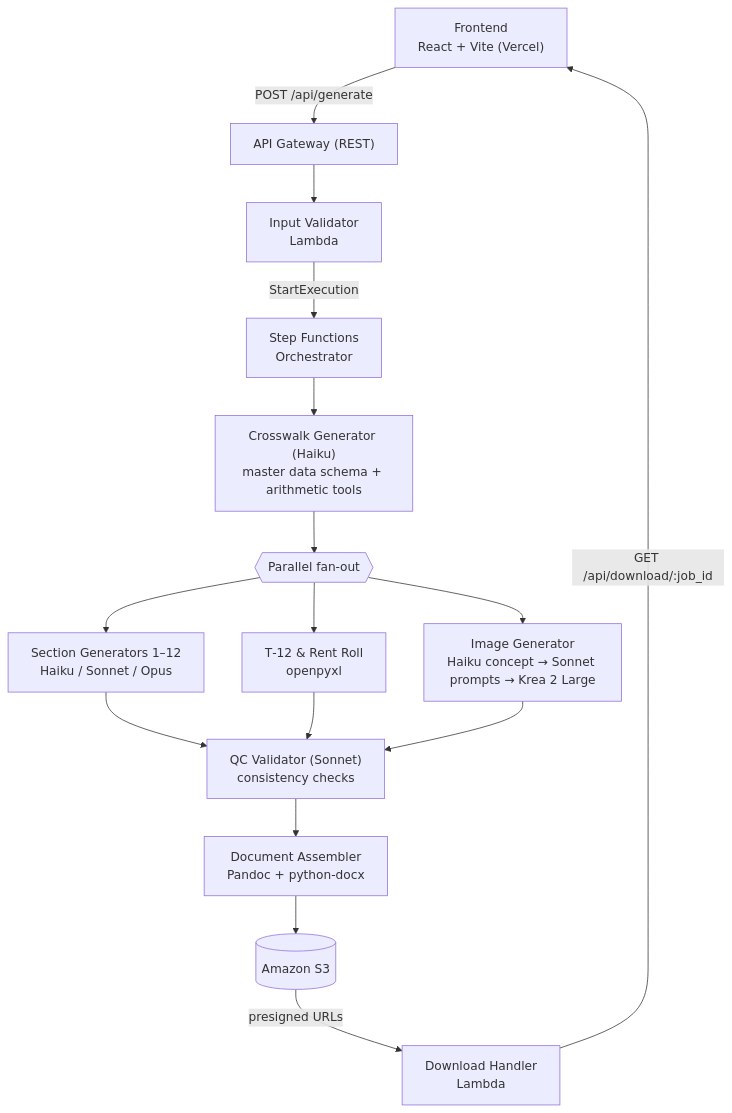
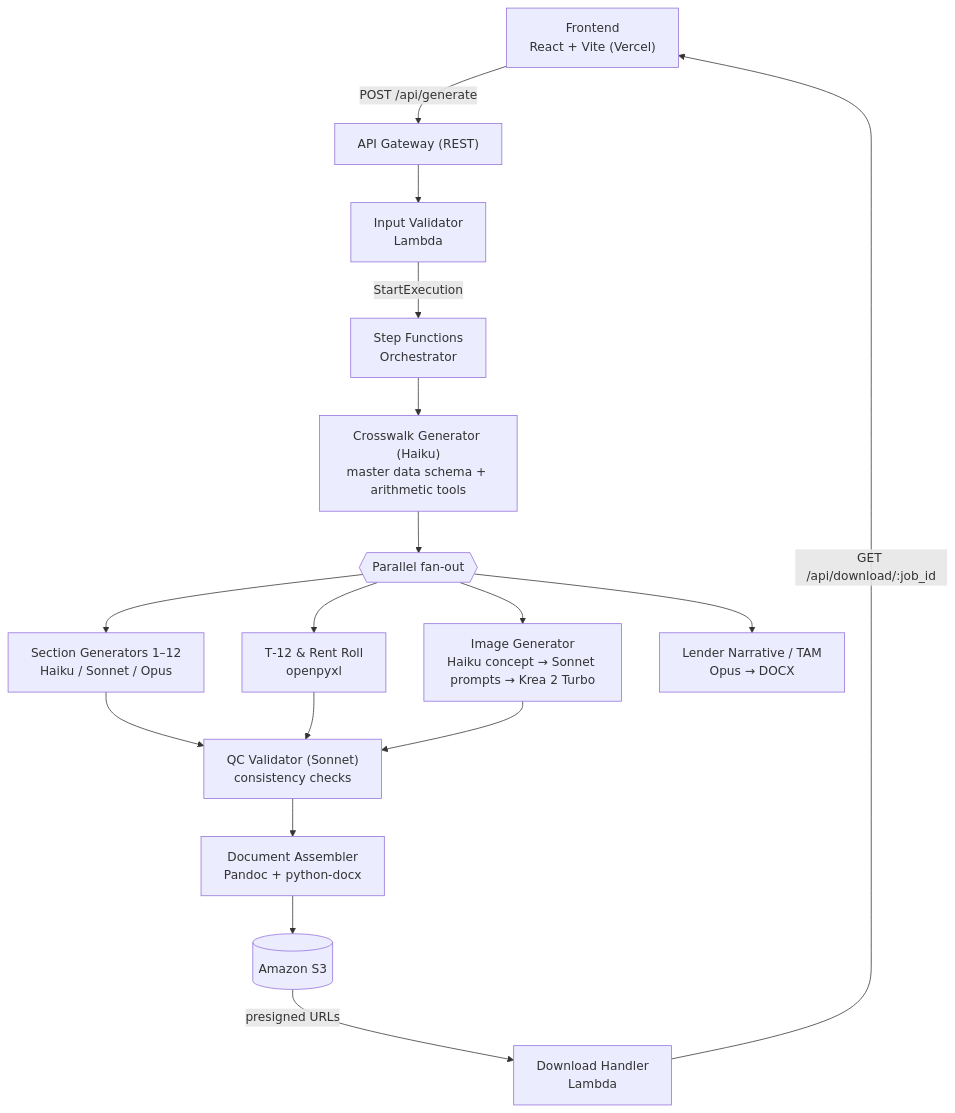
Before and after one commit to sjfischr/mf_data_generator: the first of 3 diagrams in README.md, drawn with Mermaid. The commit also changed other lines of this file and 81 other files, not shown here.

First line of the commit message:
Add lender narrative and detailed financial workbooks

````diff
--- a/README.md
+++ b/README.md
@@ -11,22 +11,23 @@
 ```mermaid
 flowchart TD
     UI["Frontend<br/>React + Vite (Vercel)"] -->|POST /api/generate| APIGW["API Gateway (REST)"]
     APIGW --> IV["Input Validator<br/>Lambda"]
     IV -->|StartExecution| SFN["Step Functions<br/>Orchestrator"]
 
     SFN --> CW["Crosswalk Generator (Haiku)<br/>master data schema + arithmetic tools"]
 
     CW --> FANOUT{{"Parallel fan‑out"}}
     FANOUT --> SEC["Section Generators 1–12<br/>Haiku / Sonnet / Opus"]
     FANOUT --> T12["T‑12 &amp; Rent Roll<br/>openpyxl"]
-    FANOUT --> IMG["Image Generator<br/>Haiku concept → Sonnet prompts → Krea 2 Large"]
+    FANOUT --> IMG["Image Generator<br/>Haiku concept → Sonnet prompts → Krea 2 Turbo"]
+    FANOUT --> LN["Lender Narrative / TAM<br/>Opus → DOCX"]
 
     SEC --> QC["QC Validator (Sonnet)<br/>consistency checks"]
     T12 --> QC
     IMG --> QC
 
     QC --> ASM["Document Assembler<br/>Pandoc + python-docx"]
     ASM --> S3[("Amazon S3")]
     S3 -->|presigned URLs| DL["Download Handler<br/>Lambda"]
     DL -->|"GET /api/download/:job_id"| UI
 ```
````
